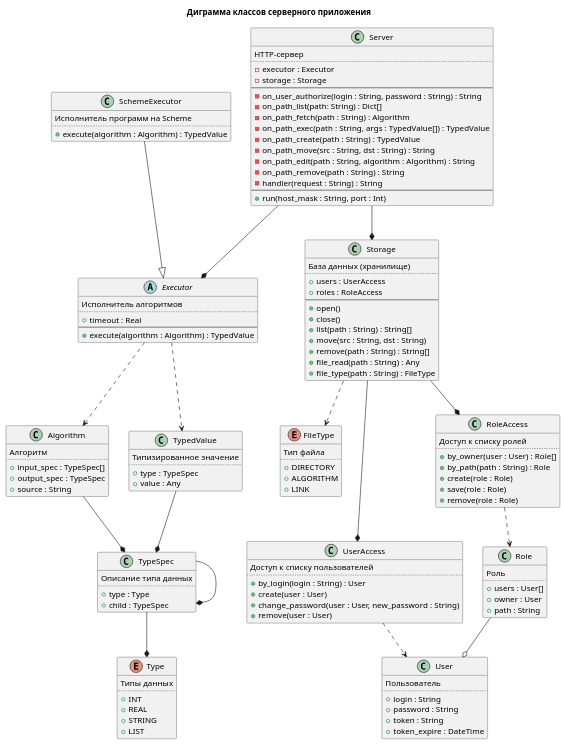
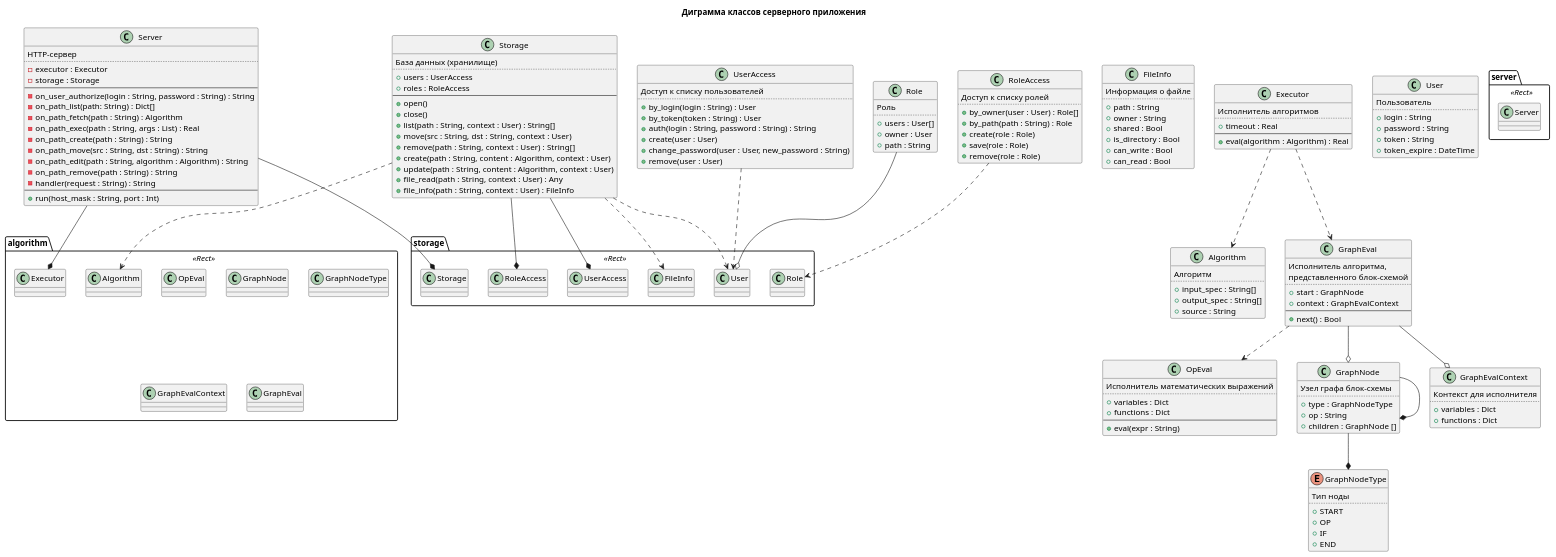
The diagram in arch/class_server.puml (alexeyden/Project-MSF), drawn with PlantUML before and after one commit.

```diff
--- a/arch/class_server.puml
+++ b/arch/class_server.puml
@@ -1,153 +1,197 @@
 @startuml
 
 title Диграмма классов серверного приложения
+
+package server <<Rect>> {
+  class Server
+}
+
+package storage <<Rect>> {
+  class Storage
+  class UserAccess
+  class RoleAccess
+  class Role
+  class User
+  class FileInfo
+}
+
+package algorithm <<Rect>> {
+  class Algorithm
+  class Executor
+  class OpEval
+  class GraphNode
+  class GraphNodeType
+  class GraphEvalContext
+  class GraphEval
+}
 
 class Server {
     HTTP-сервер
     ..
     - executor : Executor
     - storage : Storage
     --
     - on_user_authorize(login : String, password : String) : String
     - on_path_list(path: String) : Dict[]
     - on_path_fetch(path : String) : Algorithm
-    - on_path_exec(path : String, args : TypedValue[]) : TypedValue
-    - on_path_create(path : String) : TypedValue
+    - on_path_exec(path : String, args : List) : Real
+    - on_path_create(path : String) : String
     - on_path_move(src : String, dst : String) : String
     - on_path_edit(path : String, algorithm : Algorithm) : String
     - on_path_remove(path : String) : String
     - handler(request : String) : String
     --
     + run(host_mask : String, port : Int)
 }
 
 Server --* Executor
 Server --* Storage
 
 class Storage {
     База данных (хранилище)
     ..
     + users : UserAccess
     + roles : RoleAccess
     --
     + open()
     + close()
-    + list(path : String) : String[]
-    + move(src : String, dst : String)
-    + remove(path : String) : String[]
-    + file_read(path : String) : Any
-    + file_type(path : String) : FileType
+    + list(path : String, context : User) : String[]
+    + move(src : String, dst : String,  context : User)
+    + remove(path : String,  context : User) : String[]
+    + create(path : String, content : Algorithm, context : User)
+    + update(path : String, content : Algorithm, context : User)
+    + file_read(path : String, context : User) : Any
+    + file_info(path : String, context : User) : FileInfo
 }
 
-Storage ..> FileType
+Storage ..> FileInfo
+Storage ..> Algorithm
+Storage ..> User
 Storage --* UserAccess
 Storage --* RoleAccess
 
-enum FileType {
-    Тип файла
+class FileInfo {
+    Информация о файле
     ..
-    + DIRECTORY
-    + ALGORITHM
-    + LINK
+    + path : String
+    + owner : String
+    + shared : Bool
+    + is_directory : Bool
+    + can_write : Bool
+    + can_read : Bool
 }
 
 class UserAccess {
     Доступ к списку пользователей
     ..
     + by_login(login : String) : User
+    + by_token(token : String) : User
+    + auth(login : String, password : String) : String
     + create(user : User)
     + change_password(user : User, new_password : String)
     + remove(user : User)
 }
 
 UserAccess ..> User
 
 class RoleAccess {
     Доступ к списку ролей
     ..
     + by_owner(user : User) : Role[]
     + by_path(path : String) : Role
     + create(role : Role)
     + save(role : Role)
     + remove(role : Role)
 }
 
 RoleAccess ..> Role
 
 class Algorithm {
     Алгоритм
     ..
-    + input_spec : TypeSpec[]
-    + output_spec : TypeSpec
+    + input_spec : String[]
+    + output_spec : String[]
     + source : String
 }
-
-Algorithm --* TypeSpec
 
 class Role {
     Роль
     ..
     + users : User[]
     + owner : User
     + path : String
 }
 
 Role --o User
 
 class User {
     Пользователь
     ..
     + login : String
     + password : String
     + token : String
     + token_expire : DateTime
 }
 
-class TypedValue {
-    Типизированное значение
-    ..
-    + type : TypeSpec
-    + value : Any
+class OpEval {
+  Исполнитель математических выражений
+  ..
+  + variables : Dict
+  + functions : Dict
+  --
+  + eval(expr : String)
 }
 
-TypedValue --* TypeSpec
-
-class TypeSpec {
-    Описание типа данных
-    ..
-    + type : Type
-    + child : TypeSpec
+enum GraphNodeType {
+  Тип ноды
+  ..
+  + START
+  + OP
+  + IF
+  + END
 }
 
-TypeSpec --* TypeSpec
-TypeSpec --* Type
-
-enum Type {
-    Типы данных
-    ..
-    + INT
-    + REAL
-    + STRING
-    + LIST
+class GraphNode {
+  Узел графа блок-схемы
+  ..
+  + type : GraphNodeType
+  + op : String
+  + children : GraphNode []
 }
 
-abstract class Executor {
+GraphNode --* GraphNodeType
+GraphNode --* GraphNode
+
+class GraphEvalContext {
+  Контекст для исполнителя
+  ..
+  + variables : Dict
+  + functions : Dict
+}
+
+class GraphEval {
+  Исполнитель алгоритма,
+  представленного блок-схемой
+  ..
+  + start : GraphNode
+  + context : GraphEvalContext
+  --
+  + next() : Bool
+}
+
+GraphEval --o GraphNode
+GraphEval --o GraphEvalContext
+GraphEval ..> OpEval
+
+class Executor {
     Исполнитель алгоритмов
     ..
     + timeout : Real
     --
-    + execute(algorithm : Algorithm) : TypedValue
+    + eval(algorithm : Algorithm) : Real
 }
 
 Executor ..> Algorithm
-Executor ..> TypedValue
-
-class SchemeExecutor {
-    Исполнитель программ на Scheme
-    ..
-    + execute(algorithm : Algorithm) : TypedValue
-}
-
-SchemeExecutor --|> Executor
+Executor ..> GraphEval
 
 @enduml
```
